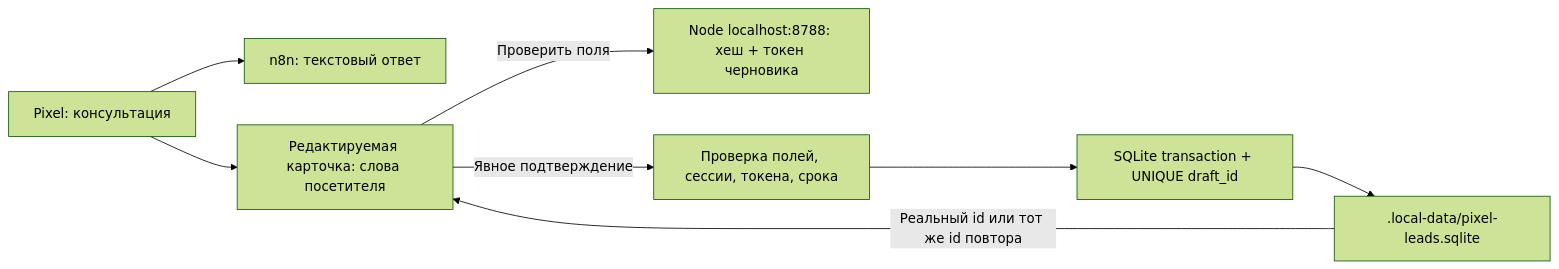
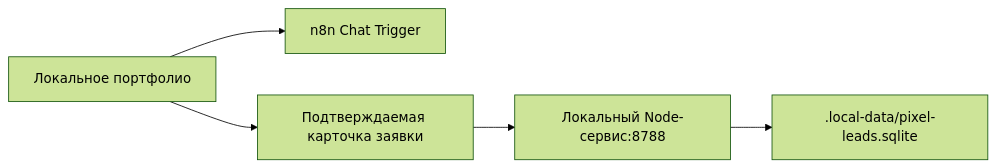
One commit to girda/astro-portfolio changed the third of 3 diagrams in docs/ARCHITECTURE.md. Above: the diagram before and after it, drawn with Mermaid (forest theme). The commit also changed other lines of this file and 11 other files, not shown here.

````diff
--- a/docs/ARCHITECTURE.md
+++ b/docs/ARCHITECTURE.md
@@ -74,10 +76,7 @@
 ```mermaid
 flowchart LR
-  Chat["Pixel: консультация"] --> N8n["n8n: текстовый ответ"]
-  Chat --> Card["Редактируемая карточка: слова посетителя"]
-  Card -->|"Проверить поля"| Draft["Node localhost:8788: хеш + токен черновика"]
-  Card -->|"Явное подтверждение"| Check["Проверка полей, сессии, токена, срока"]
-  Check --> Tx["SQLite transaction + UNIQUE draft_id"]
-  Tx --> DB[".local-data/pixel-leads.sqlite"]
-  DB -->|"Реальный id или тот же id повтора"| Card
+  Dev[Локальное портфолио] --> N8N[n8n Chat Trigger]
+  Dev --> Card[Подтверждаемая карточка заявки]
+  Card --> Node[Локальный Node-сервис:8788]
+  Node --> SQLite[.local-data/pixel-leads.sqlite]
 ```
````
